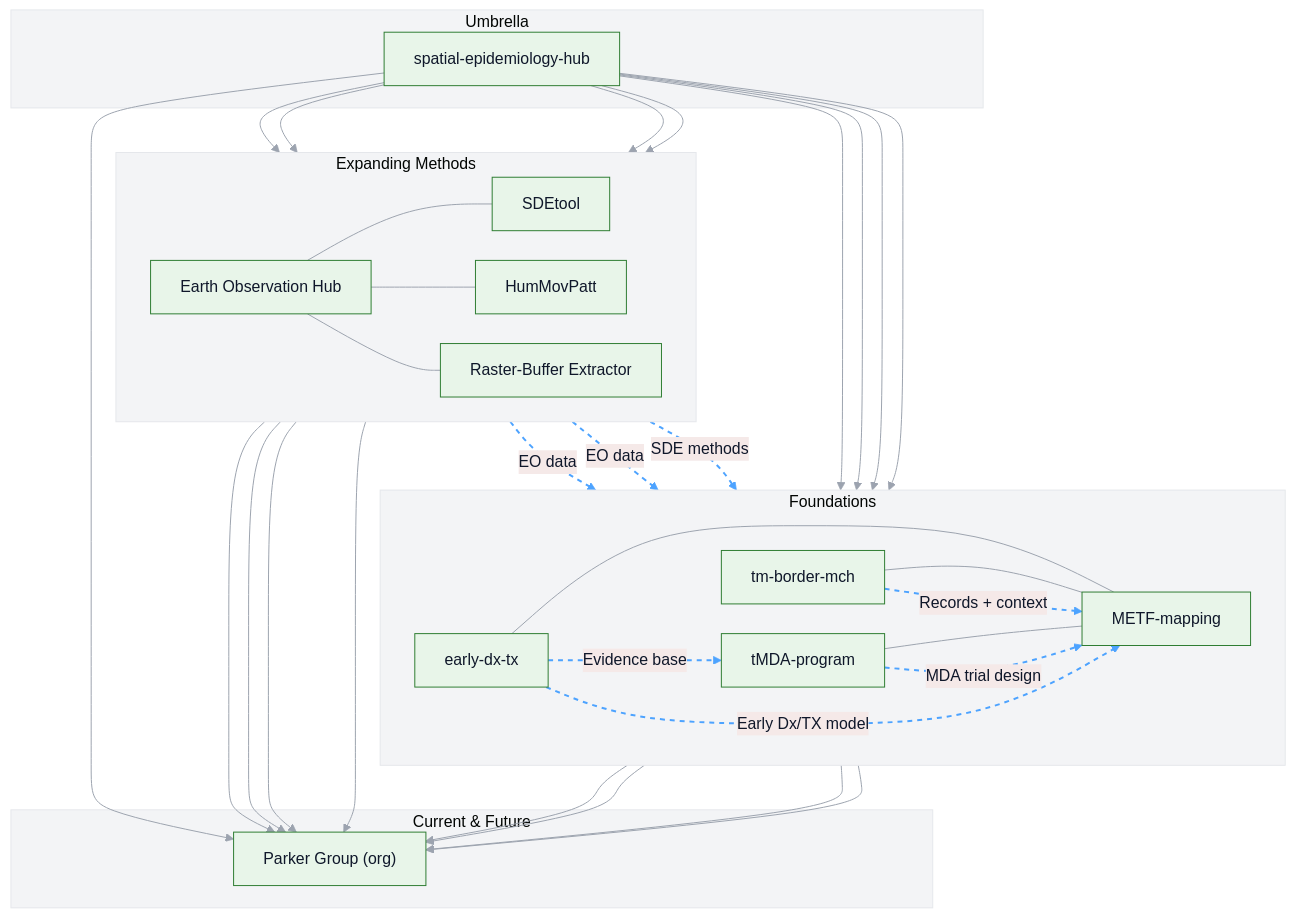
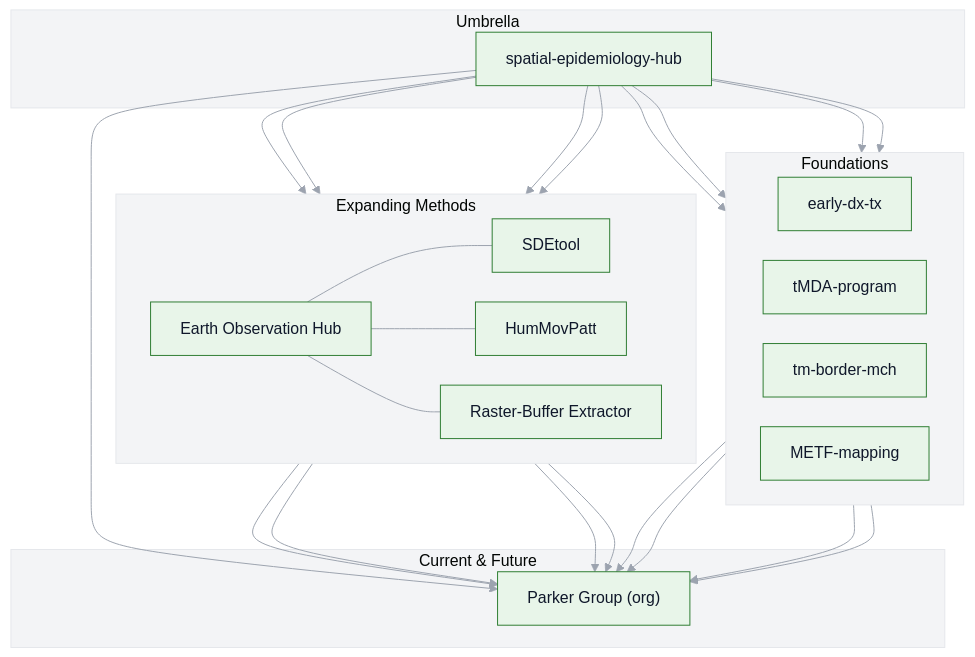
One commit to DMParker1/spatial-epidemiology-hub changed the first of 2 diagrams in README.md. Above: the diagram before and after it, drawn with Mermaid.

````diff
--- a/README.md
+++ b/README.md
@@ -40,15 +40,10 @@
 ```mermaid
 %%{init: {"theme":"base","themeVariables":{
-  "background":"#FAFAFA",
-  "clusterBkg":"#F3F4F6",
-  "clusterBorder":"#E5E7EB",
-  "primaryColor":"#E8F5E9",
-  "primaryBorderColor":"#2E7D32",
-  "primaryTextColor":"#0F172A",
-  "lineColor":"#9CA3AF"
+  "background":"#FAFAFA","clusterBkg":"#F3F4F6","clusterBorder":"#E5E7EB",
+  "primaryColor":"#E8F5E9","primaryBorderColor":"#2E7D32",
+  "primaryTextColor":"#0F172A","lineColor":"#9CA3AF"
 }, "flowchart":{"rankSpacing":45,"nodeSpacing":30}}}%%
 flowchart TB
-
   subgraph A[Foundations]
     direction LR
     EDT["early-dx-tx"]
@@ -56,7 +51,6 @@
     MCH["tm-border-mch"]
     METF["METF-mapping"]
   end
-
   subgraph B[Expanding Methods]
     direction LR
     EO["Earth Observation Hub"]
@@ -64,16 +58,14 @@
     HUM["HumMovPatt"]
     RBE["Raster-Buffer Extractor"]
   end
-
   subgraph C[Umbrella]
     GIS["spatial-epidemiology-hub"]
   end
-
   subgraph D[Current & Future]
     PG["Parker Group (org)"]
   end
 
-  %% umbrella links (solid)
+  %% Umbrella (solid, present)
   GIS --> EDT
   GIS --> tMDA
   GIS --> MCH
@@ -84,15 +76,12 @@
   GIS --> RBE
   GIS --> PG
 
-  %% method/theme crosslinks (solid)
+  %% Current method interplay (solid, present)
   EO --- SDE
   EO --- HUM
   EO --- RBE
-  tMDA --- METF
-  EDT --- METF
-  MCH --- METF
 
-  %% convergence to Parker Group (solid)
+  %% Present convergence to Parker Group (solid)
   EO --> PG
   SDE --> PG
   HUM --> PG
@@ -102,22 +91,4 @@
   EDT --> PG
   MCH --> PG
 
-  %% historical/methodological influence (dashed with labels)
-  EO -. EO data .-> METF
-  EO -. EO data .-> MCH
-  SDE -. SDE methods .-> MCH
-  EDT -. Evidence base .-> tMDA
-  tMDA -. MDA trial design .-> METF
-  EDT -. Early Dx/TX model .-> METF
-  MCH -. Records + context .-> METF
-
-  %% style dashed influence edges (light blue)
-  %% NOTE: link indexes are zero-based; with the links above, dashed edges are 23–29.
-  linkStyle 23 stroke:#4DA3FF,stroke-width:2px,stroke-dasharray:5 5;
-  linkStyle 24 stroke:#4DA3FF,stroke-width:2px,stroke-dasharray:5 5;
-  linkStyle 25 stroke:#4DA3FF,stroke-width:2px,stroke-dasharray:5 5;
-  linkStyle 26 stroke:#4DA3FF,stroke-width:2px,stroke-dasharray:5 5;
-  linkStyle 27 stroke:#4DA3FF,stroke-width:2px,stroke-dasharray:5 5;
-  linkStyle 28 stroke:#4DA3FF,stroke-width:2px,stroke-dasharray:5 5;
-  linkStyle 29 stroke:#4DA3FF,stroke-width:2px,stroke-dasharray:5 5;
 ```
````
